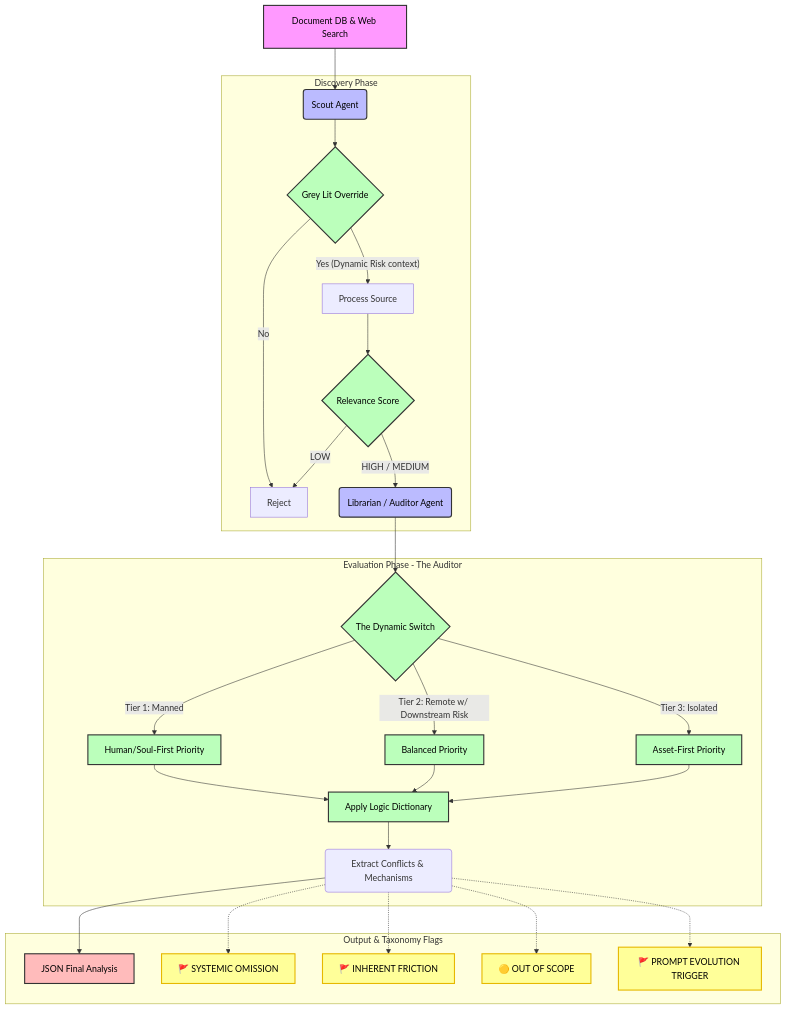
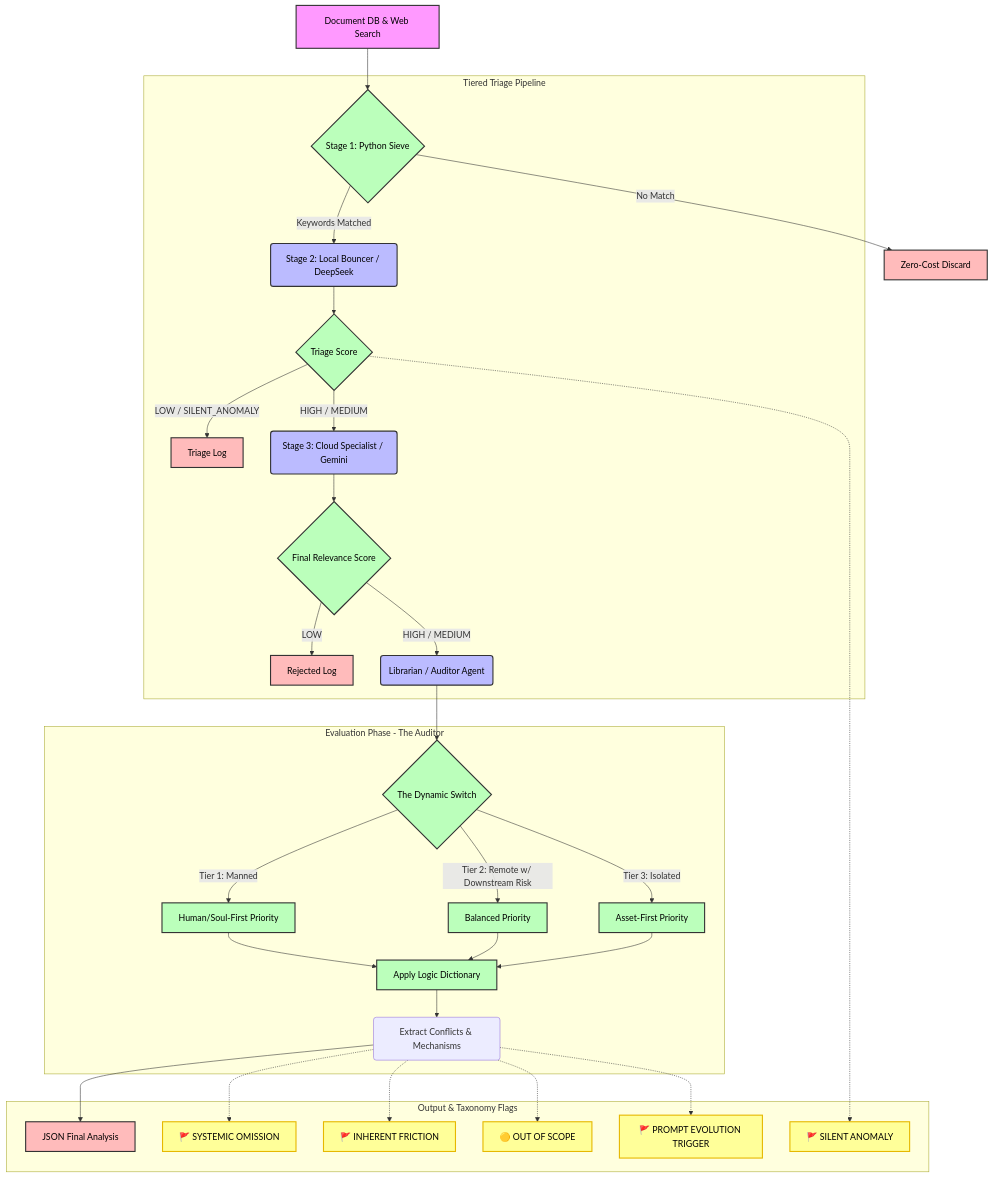
Before and after one commit to mbellamkom/cyber-physical-resilience: the diagram in AGENT_ARCHITECTURE.md, drawn with Mermaid. The commit also changed 6 other files, not shown here.

First line of the commit message:
feat(scout): Implement 3-stage Tiered Triage, Sieve, and local DeepSeek bouncer

````diff
--- a/AGENT_ARCHITECTURE.md
+++ b/AGENT_ARCHITECTURE.md
@@ -7,39 +7,42 @@
 ```mermaid
 flowchart TD
     %% Define Styles
     classDef input fill:#f9f,stroke:#333,stroke-width:2px,color:#000;
     classDef agent fill:#bbf,stroke:#333,stroke-width:2px,color:#000;
     classDef logic fill:#bfb,stroke:#333,stroke-width:2px,color:#000;
     classDef output fill:#fbb,stroke:#333,stroke-width:2px,color:#000;
     classDef flag fill:#ff9,stroke:#e6b800,stroke-width:2px,color:#000;
 
-    A[Document DB & Web Search]:::input --> B(Scout Agent):::agent
+    A[Document DB & Web Search]:::input --> B{Stage 1: Python Sieve}:::logic
+    B -- "No Match" --> C[Zero-Cost Discard]:::output
     
-    subgraph Discovery[Discovery Phase]
-        B --> C{Grey Lit Override}:::logic
-        C -- "Yes (Dynamic Risk context)" --> D[Process Source]
-        C -- "No" --> E[Reject]
-        D --> F{Relevance Score}:::logic
-        F -- "HIGH / MEDIUM" --> G(Librarian / Auditor Agent):::agent
-        F -- "LOW" --> E
+    subgraph Discovery[Tiered Triage Pipeline]
+        B -- "Keywords Matched" --> D(Stage 2: Local Bouncer / DeepSeek):::agent
+        D --> E{Triage Score}:::logic
+        E -- "LOW / SILENT_ANOMALY" --> F[Triage Log]:::output
+        E -- "HIGH / MEDIUM" --> G(Stage 3: Cloud Specialist / Gemini):::agent
+        G --> H{Final Relevance Score}:::logic
+        H -- "LOW" --> I[Rejected Log]:::output
+        H -- "HIGH / MEDIUM" --> J(Librarian / Auditor Agent):::agent
     end
 
     subgraph Evaluation[Evaluation Phase - The Auditor]
-        G --> H{The Dynamic Switch}:::logic
+        J --> K{The Dynamic Switch}:::logic
         
-        H -->|Tier 1: Manned| I[Human/Soul-First Priority]:::logic
-        H -->|Tier 2: Remote w/ Downstream Risk| J[Balanced Priority]:::logic
-        H -->|Tier 3: Isolated| K[Asset-First Priority]:::logic
+        K -->|Tier 1: Manned| L[Human/Soul-First Priority]:::logic
+        K -->|Tier 2: Remote w/ Downstream Risk| M[Balanced Priority]:::logic
+        K -->|Tier 3: Isolated| N[Asset-First Priority]:::logic
         
-        I & J & K --> L[Apply Logic Dictionary]:::logic
-        L --> M(Extract Conflicts & Mechanisms)
+        L & M & N --> O[Apply Logic Dictionary]:::logic
+        O --> P(Extract Conflicts & Mechanisms)
     end
 
     subgraph OutputPhase[Output & Taxonomy Flags]
-        M --> N[JSON Final Analysis]:::output
-        M -.-> O[🚩 SYSTEMIC OMISSION]:::flag
-        M -.-> P[🚩 INHERENT FRICTION]:::flag
-        M -.-> Q[🟡 OUT OF SCOPE]:::flag
-        M -.-> R[🚩 PROMPT EVOLUTION TRIGGER]:::flag
+        P --> Q[JSON Final Analysis]:::output
+        P -.-> R[🚩 SYSTEMIC OMISSION]:::flag
+        P -.-> S[🚩 INHERENT FRICTION]:::flag
+        P -.-> T[🟡 OUT OF SCOPE]:::flag
+        P -.-> U[🚩 PROMPT EVOLUTION TRIGGER]:::flag
+        E -.-> V[🚩 SILENT ANOMALY]:::flag
     end
 ```
````
